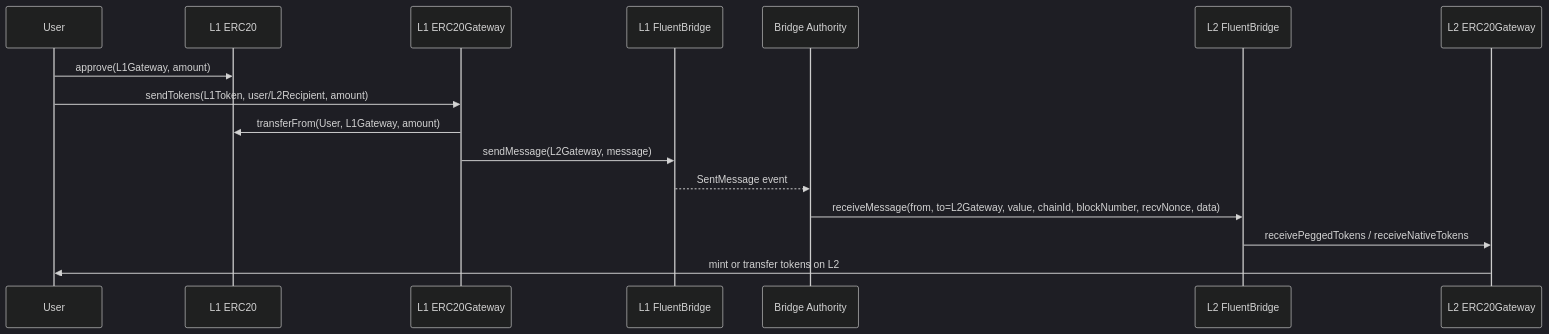
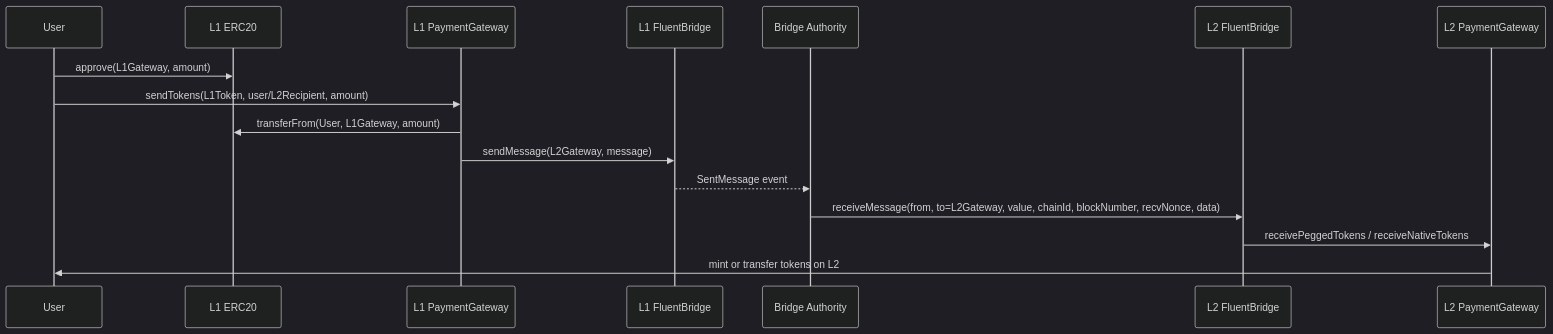
One commit to fluentlabs-xyz/solidity-contracts changed the first of 2 diagrams in README.md. Above: the diagram before and after it, drawn with Mermaid (dark theme). The commit also changed other lines of this file and 35 other files, not shown here.

Commit message:
feat: introduce L1 and L2 dedicated FluentBridges, split the PaymentGateway into Native and ERC20

````diff
--- a/README.md
+++ b/README.md
@@ -53,19 +26,19 @@
 ```mermaid
 sequenceDiagram
     participant User
     participant L1Token as L1 ERC20
-    participant L1Gateway as L1 ERC20Gateway
+    participant L1Gateway as L1 PaymentGateway
     participant L1Bridge as L1 FluentBridge
     participant Relayer as Bridge Authority
     participant L2Bridge as L2 FluentBridge
-    participant L2Gateway as L2 ERC20Gateway
+    participant L2Gateway as L2 PaymentGateway
 
     User->>L1Token: approve(L1Gateway, amount)
     User->>L1Gateway: sendTokens(L1Token, user/L2Recipient, amount)
     L1Gateway->>L1Token: transferFrom(User, L1Gateway, amount)
     L1Gateway->>L1Bridge: sendMessage(L2Gateway, message)
     L1Bridge-->>Relayer: SentMessage event
     Relayer->>L2Bridge: receiveMessage(from, to=L2Gateway, value, chainId, blockNumber, recvNonce, data)
     L2Bridge->>L2Gateway: receivePeggedTokens / receiveNativeTokens
     L2Gateway->>User: mint or transfer tokens on L2
 ```
````
